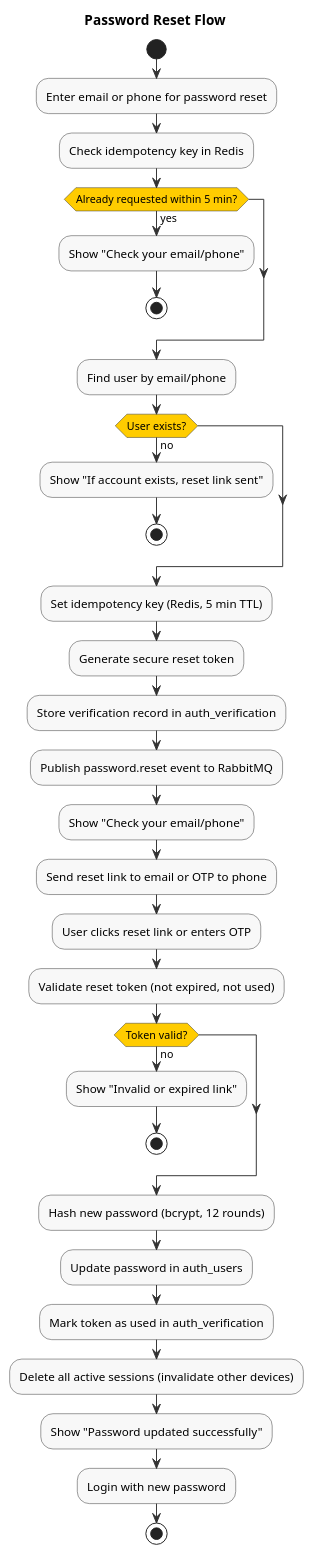
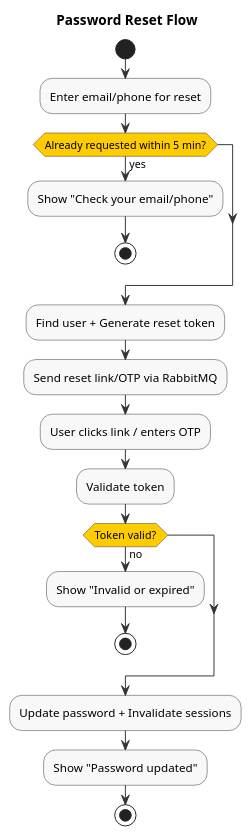
The diagram in modules/auth/diagrams/activity/password-reset-activity.puml (namnh240795/document), drawn with PlantUML before and after one commit. The commit also changed 35 other files, not shown here.

First line of the commit message:
Merge system flows with use cases in SRS, update diagrams and module docs

```diff
--- a/modules/auth/diagrams/activity/password-reset-activity.puml
+++ b/modules/auth/diagrams/activity/password-reset-activity.puml
@@ -1,70 +1,44 @@
 @startuml
 ' ============================================================
-' Activity Diagram - Password Reset Flow
-' Simplified without swimlanes
+' Activity Diagram - Password Reset Flow (Compact for A4)
 ' ============================================================
 
 skinparam activity {
   BackgroundColor #F8F8F8
   BorderColor #333333
   ArrowColor #333333
   DiamondBackgroundColor #FFCC00
   DiamondBorderColor #333333
 }
 
 title Password Reset Flow
 
 start
 
-:Enter email or phone for password reset;
-
-:Check idempotency key in Redis;
+:Enter email/phone for reset;
 
 if (Already requested within 5 min?) then (yes)
   :Show "Check your email/phone";
   stop
 endif
 
-:Find user by email/phone;
+:Find user + Generate reset token;
 
-if (User exists?) then (no)
-  :Show "If account exists, reset link sent";
+:Send reset link/OTP via RabbitMQ;
+
+:User clicks link / enters OTP;
+
+:Validate token;
+
+if (Token valid?) then (no)
+  :Show "Invalid or expired";
   stop
 endif
 
-:Set idempotency key (Redis, 5 min TTL);
+:Update password + Invalidate sessions;
 
-:Generate secure reset token;
-
-:Store verification record in auth_verification;
-
-:Publish password.reset event to RabbitMQ;
-
-:Show "Check your email/phone";
-
-:Send reset link to email or OTP to phone;
-
-:User clicks reset link or enters OTP;
-
-:Validate reset token (not expired, not used);
-
-if (Token valid?) then (no)
-  :Show "Invalid or expired link";
-  stop
-endif
-
-:Hash new password (bcrypt, 12 rounds);
-
-:Update password in auth_users;
-
-:Mark token as used in auth_verification;
-
-:Delete all active sessions (invalidate other devices);
-
-:Show "Password updated successfully";
-
-:Login with new password;
+:Show "Password updated";
 
 stop
 
 @enduml
```
